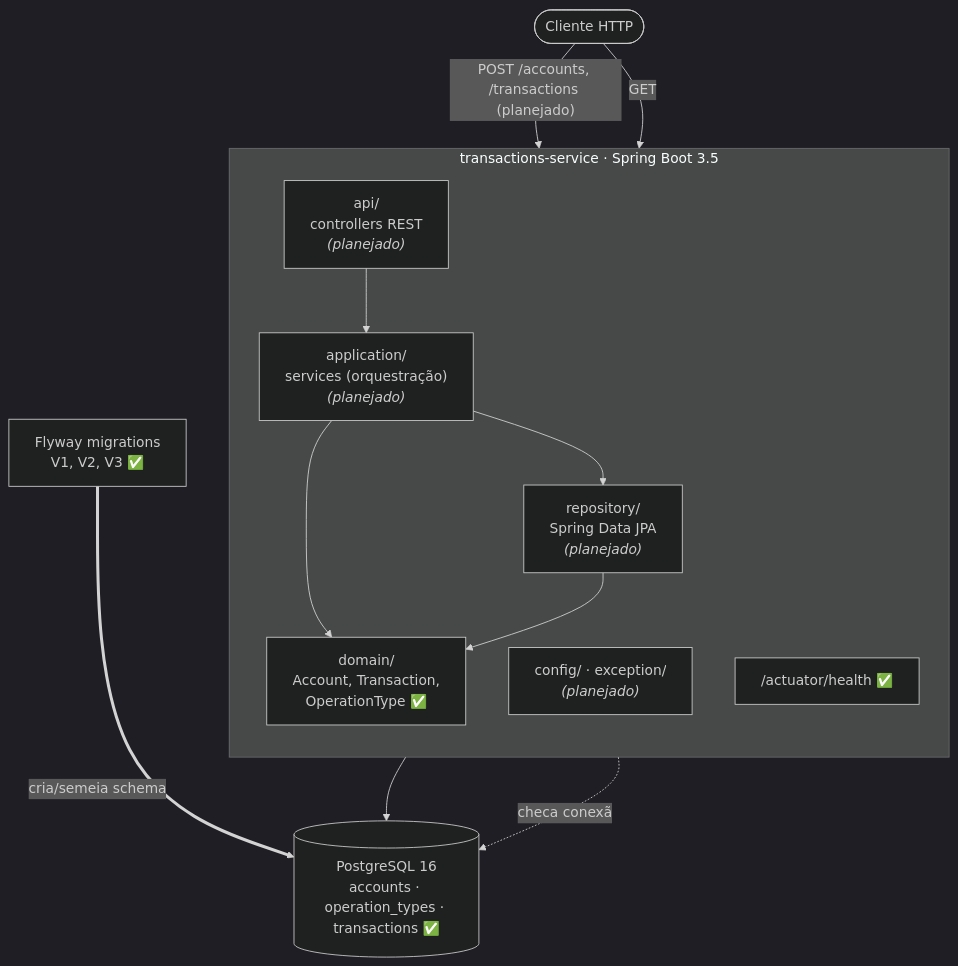
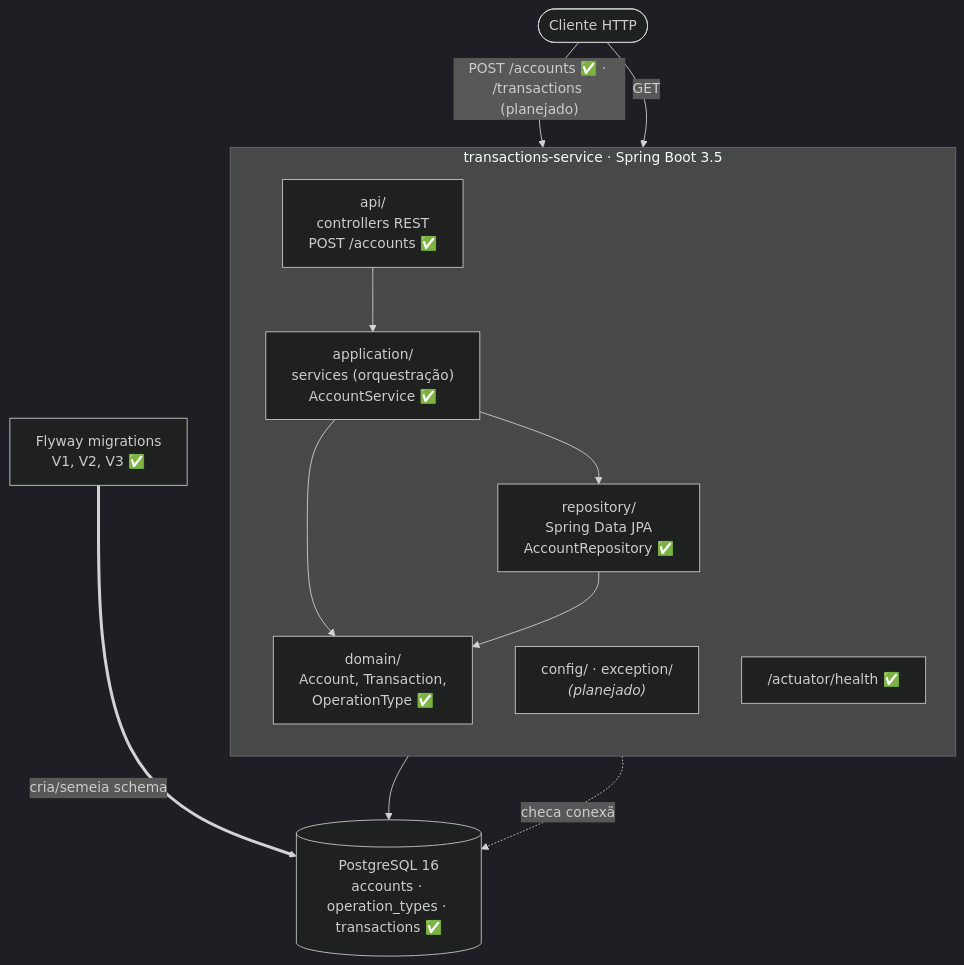
One commit to DanMke/transactions-service changed the diagram in README.md. Above: the diagram before and after it, drawn with Mermaid (dark theme). The commit also changed other lines of this file and 11 other files, not shown here.

````diff
--- a/README.md
+++ b/README.md
@@ -20,27 +20,27 @@
 ```mermaid
 flowchart TB
     client([Cliente HTTP])
 
     subgraph app["transactions-service · Spring Boot 3.5"]
         direction TB
-        api["api/<br/>controllers REST<br/><i>(planejado)</i>"]
-        application["application/<br/>services (orquestração)<br/><i>(planejado)</i>"]
+        api["api/<br/>controllers REST<br/>POST /accounts ✅"]
+        application["application/<br/>services (orquestração)<br/>AccountService ✅"]
         domain["domain/<br/>Account, Transaction,<br/>OperationType ✅"]
-        repository["repository/<br/>Spring Data JPA<br/><i>(planejado)</i>"]
+        repository["repository/<br/>Spring Data JPA<br/>AccountRepository ✅"]
         config["config/ · exception/<br/><i>(planejado)</i>"]
         actuator["/actuator/health ✅"]
     end
 
     db[("PostgreSQL 16<br/>accounts · operation_types · transactions ✅")]
     flyway["Flyway migrations<br/>V1, V2, V3 ✅"]
 
-    client -->|"POST /accounts, /transactions (planejado)"| api
+    client -->|"POST /accounts ✅ · /transactions (planejado)"| api
     api --> application
     application --> domain
     application --> repository
     repository --> domain
     repository --> db
     client -->|GET| actuator
     actuator -.checa conexão.-> db
     flyway ==>|cria/semeia schema| db
 ```
````
